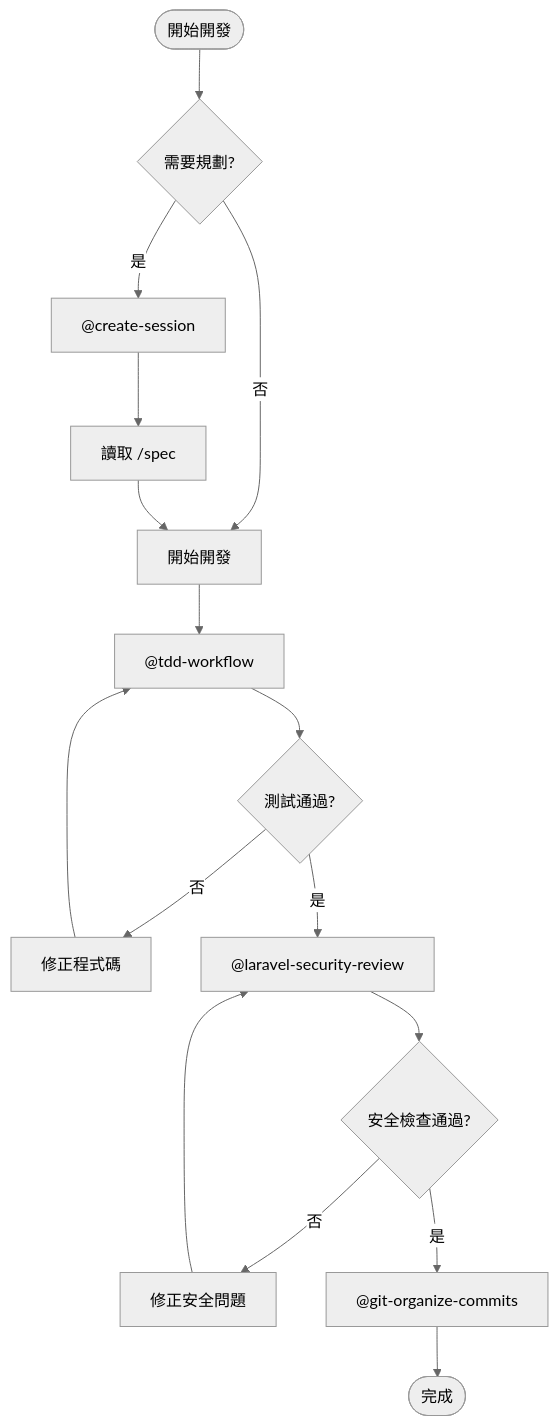
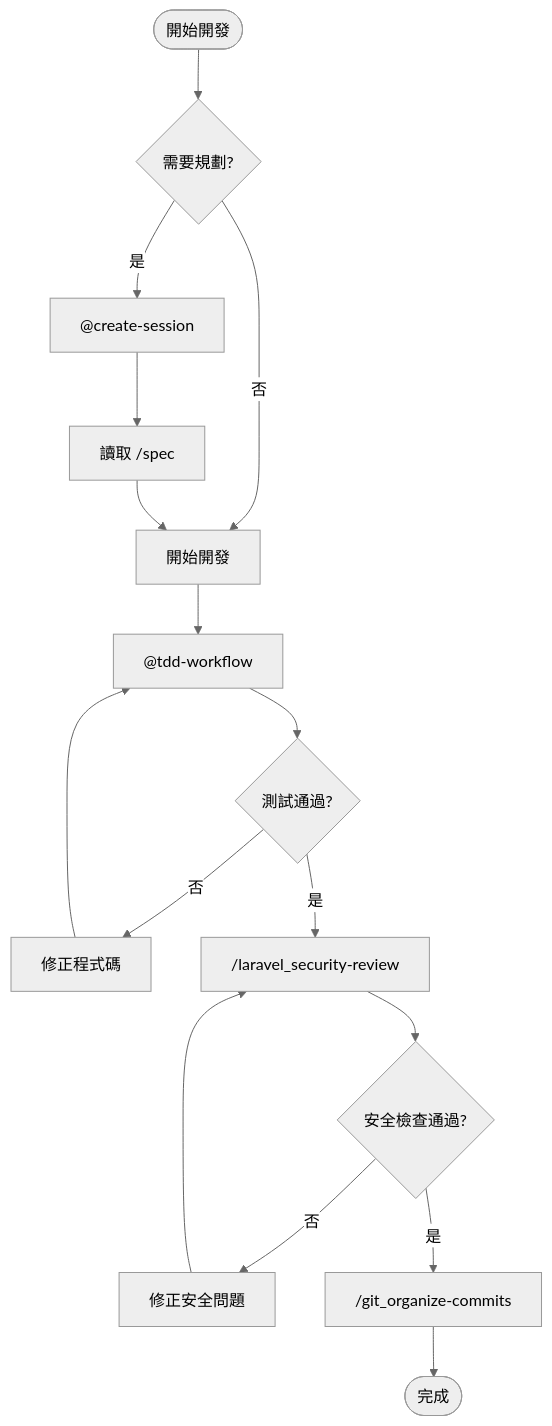
One commit to kiddchantw/cc_setting changed the third of 3 diagrams in README.md. Above: the diagram before and after it, drawn with Mermaid (neutral theme). The commit also changed 44 other files, not shown here.

````diff
--- a/README.md
+++ b/README.md
@@ -126,25 +126,25 @@
 ```mermaid
 flowchart TD
     Start(["開始開發"]) --> Plan{"需要規劃?"}
 
     Plan -->|是| CreateSession["@create-session"]
     CreateSession --> ReadSpec["讀取 /spec"]
 
     Plan -->|否| Dev["開始開發"]
     ReadSpec --> Dev
 
     Dev --> TDD["@tdd-workflow"]
     TDD --> Test{"測試通過?"}
 
     Test -->|否| Fix["修正程式碼"]
     Fix --> TDD
 
-    Test -->|是| Security["@laravel-security-review"]
+    Test -->|是| Security["/laravel_security-review"]
     Security --> SecOK{"安全檢查通過?"}
 
     SecOK -->|否| FixSec["修正安全問題"]
     FixSec --> Security
 
-    SecOK -->|是| Commit["@git-organize-commits"]
+    SecOK -->|是| Commit["/git_organize-commits"]
     Commit --> End(["完成"])
 ```
````
